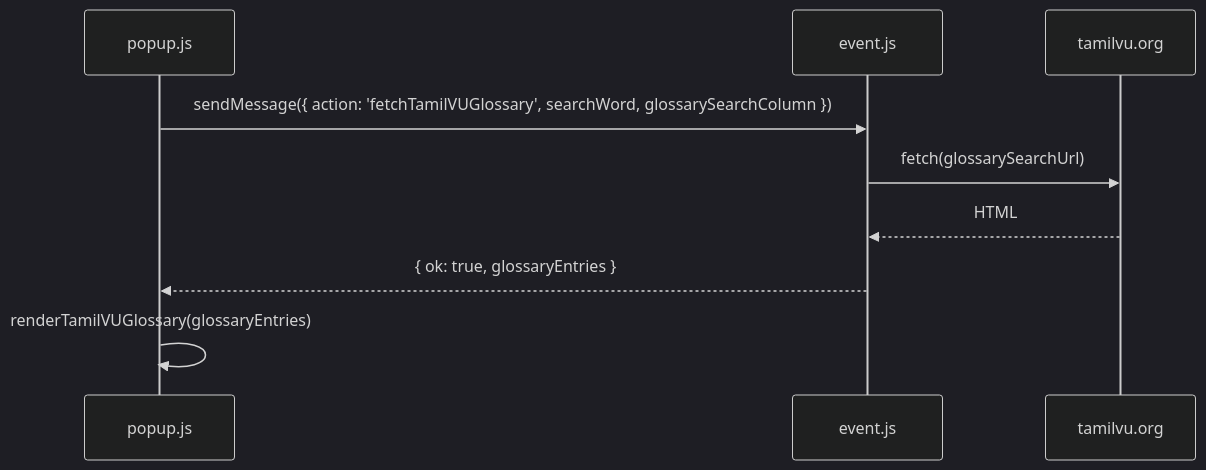
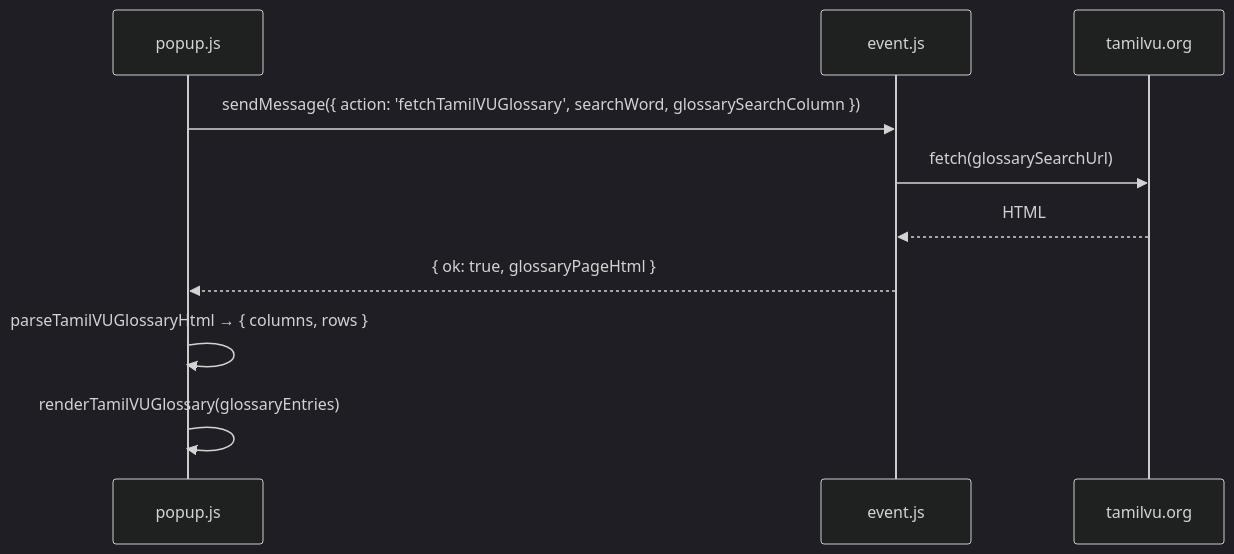
One commit to p10ns11y/Sorkalam changed the diagram in TECH_DETAILS_V6.md. Above: the diagram before and after it, drawn with Mermaid (dark theme). The commit also changed other lines of this file and 6 other files, not shown here.

First line of the commit message:
Parse Tamil VU glossary with DOMParser in the popup.

````diff
--- a/TECH_DETAILS_V6.md
+++ b/TECH_DETAILS_V6.md
@@ -93,12 +93,13 @@
 ```mermaid
 sequenceDiagram
   participant Popup as popup.js
   participant SW as event.js
   participant TVU as tamilvu.org
 
   Popup->>SW: sendMessage({ action: 'fetchTamilVUGlossary', searchWord, glossarySearchColumn })
   SW->>TVU: fetch(glossarySearchUrl)
   TVU-->>SW: HTML
-  SW-->>Popup: { ok: true, glossaryEntries }
+  SW-->>Popup: { ok: true, glossaryPageHtml }
+  Popup->>Popup: parseTamilVUGlossaryHtml → { columns, rows }
   Popup->>Popup: renderTamilVUGlossary(glossaryEntries)
 ```
````
